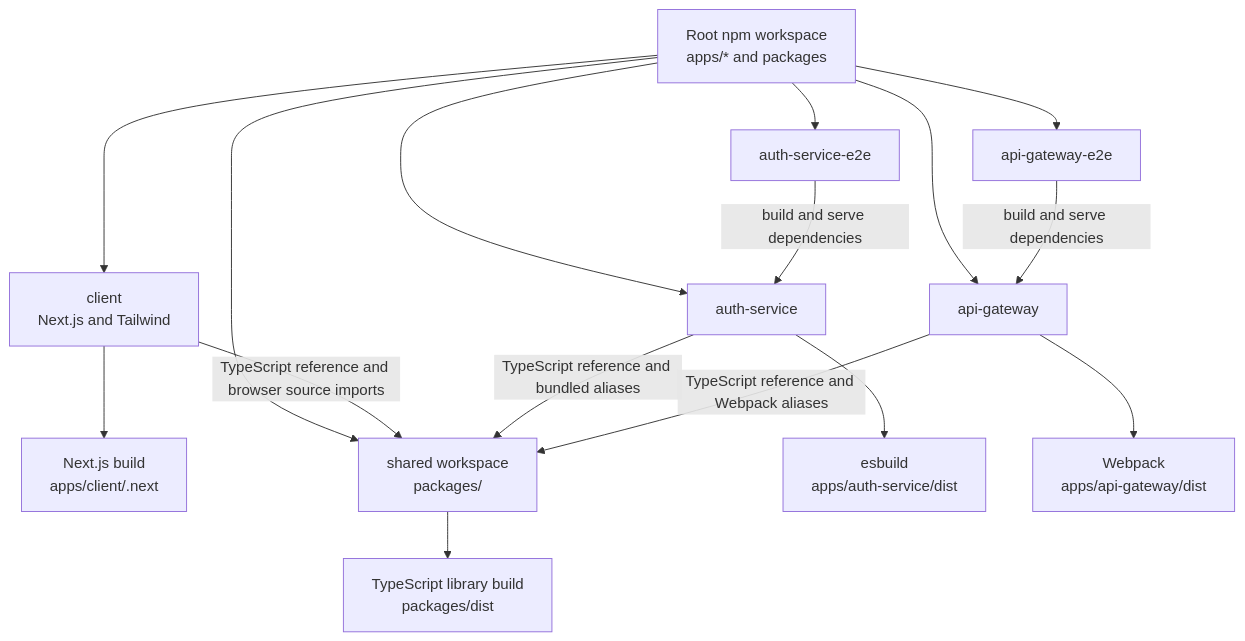
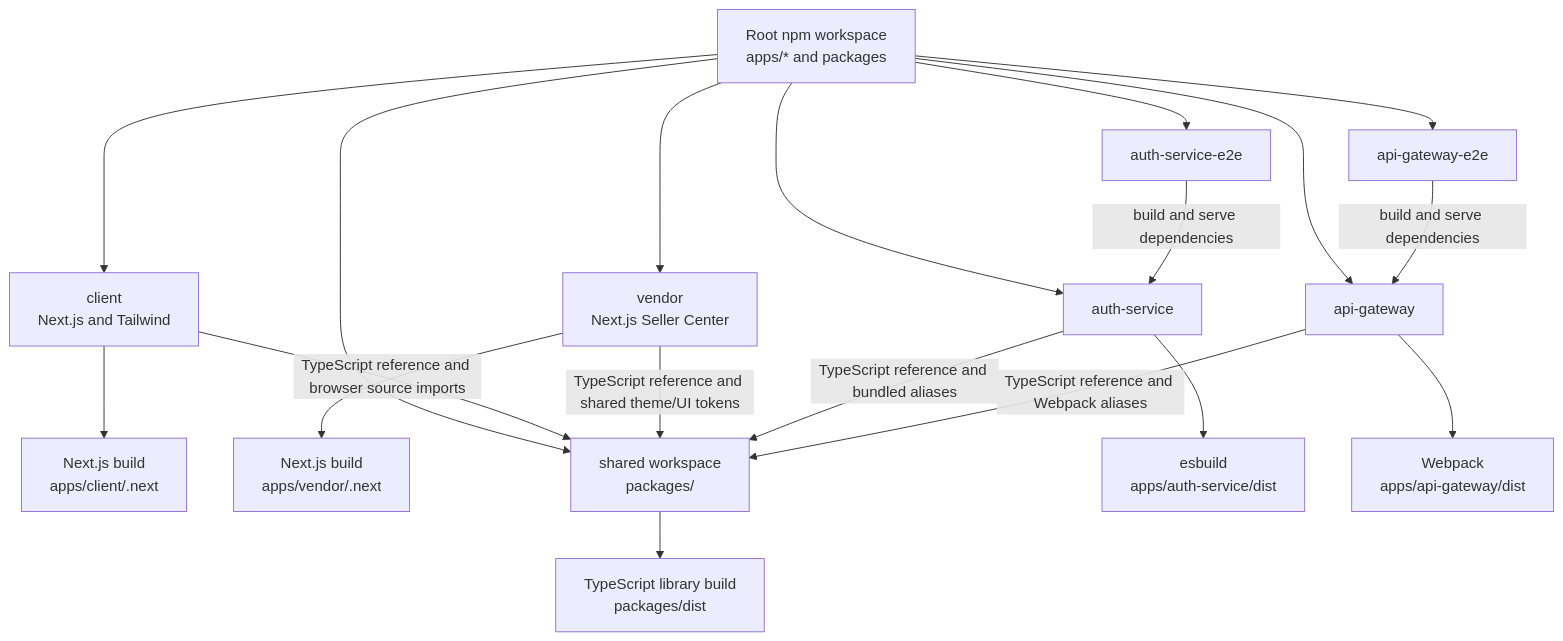
The diagram in docs/architecture/repository-structure.md (Kruskal892/Microservice-SaaS-E-commerce), drawn with Mermaid before and after one commit. The commit also changed other lines of this file and 7 other files, not shown here.

````diff
--- a/docs/architecture/repository-structure.md
+++ b/docs/architecture/repository-structure.md
@@ -120,18 +130,21 @@
 ```mermaid
 flowchart TD
     Root["Root npm workspace<br/>apps/* and packages"] --> Auth["auth-service"]
     Root --> Gateway["api-gateway"]
     Root --> Client["client<br/>Next.js and Tailwind"]
     Client --> Next["Next.js build<br/>apps/client/.next"]
+    Root --> Vendor["vendor<br/>Next.js Seller Center"]
+    Vendor --> VendorNext["Next.js build<br/>apps/vendor/.next"]
     Root --> Shared["shared workspace<br/>packages/"]
     Root --> AuthE2E["auth-service-e2e"]
     Root --> GatewayE2E["api-gateway-e2e"]
     Client -->|"TypeScript reference and browser source imports"| Shared
+    Vendor -->|"TypeScript reference and shared theme/UI tokens"| Shared
     Auth -->|"TypeScript reference and bundled aliases"| Shared
     Gateway -->|"TypeScript reference and Webpack aliases"| Shared
     AuthE2E -->|"build and serve dependencies"| Auth
     GatewayE2E -->|"build and serve dependencies"| Gateway
     Auth --> Esbuild["esbuild<br/>apps/auth-service/dist"]
     Gateway --> Webpack["Webpack<br/>apps/api-gateway/dist"]
     Shared --> TSC["TypeScript library build<br/>packages/dist"]
 ```
````
